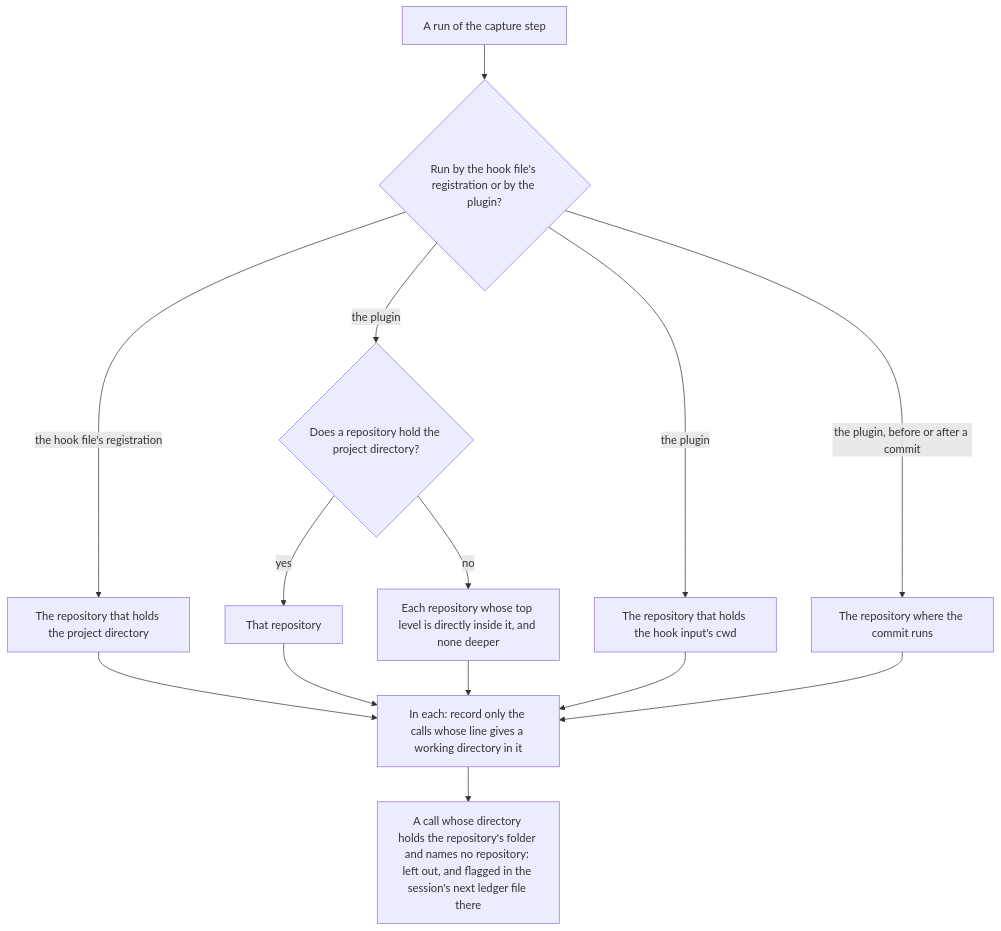
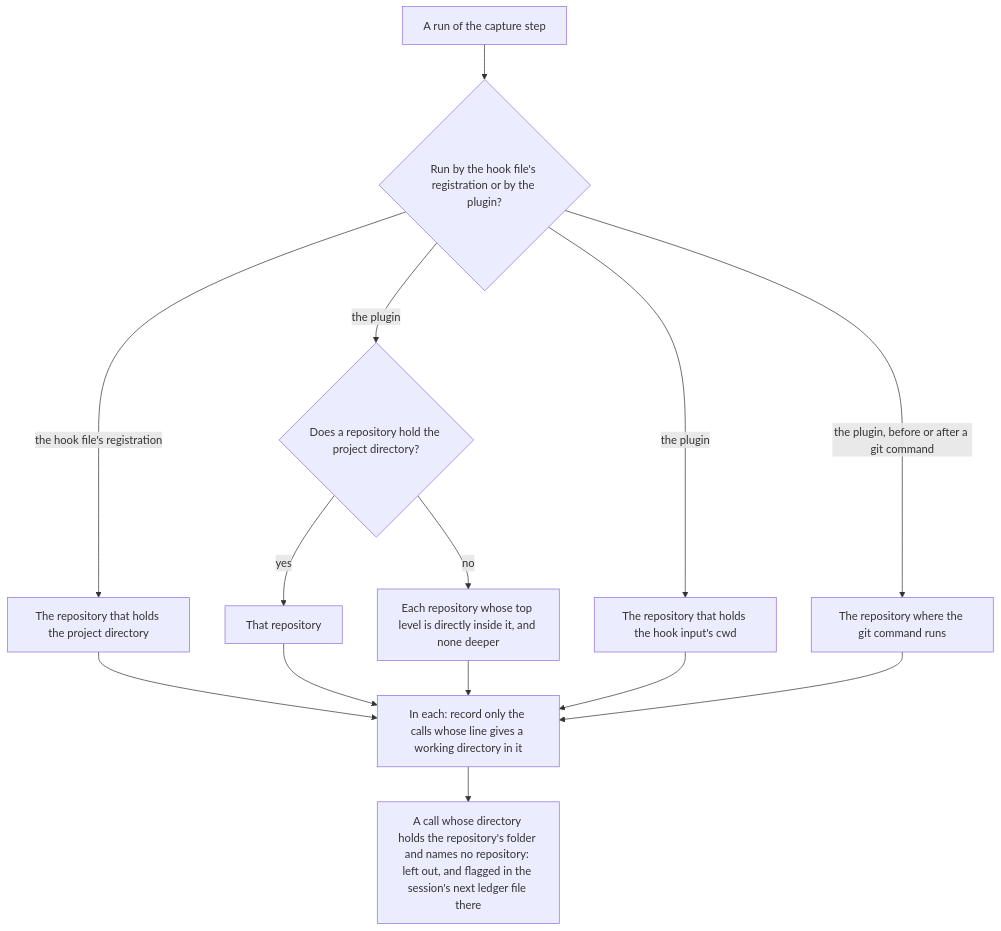
Before and after one commit to niko-kotiniemi-oss/agentic-pr-cost-calculator: the third of 9 diagrams in docs/how-it-works.md, drawn with Mermaid. The commit also changed other lines of this file and 25 other files, not shown here.

````diff
--- a/docs/how-it-works.md
+++ b/docs/how-it-works.md
@@ -129,16 +129,16 @@
 ```mermaid
 flowchart TD
   A[A run of the capture step] --> B{Run by the hook file's registration or by the plugin?}
   B -->|the hook file's registration| C[The repository that holds the project directory]
   B -->|the plugin| D{Does a repository hold the project directory?}
   D -->|yes| E[That repository]
   D -->|no| F[Each repository whose top level is directly inside it, and none deeper]
   B -->|the plugin| G[The repository that holds the hook input's cwd]
-  B -->|the plugin, before or after a commit| H[The repository where the commit runs]
+  B -->|the plugin, before or after a git command| H[The repository where the git command runs]
   C --> I[In each: record only the calls whose line gives a working directory in it]
   E --> I
   F --> I
   G --> I
   H --> I
   I --> J[A call whose directory holds the repository's folder and names no repository: left out, and flagged in the session's next ledger file there]
 ```
````
